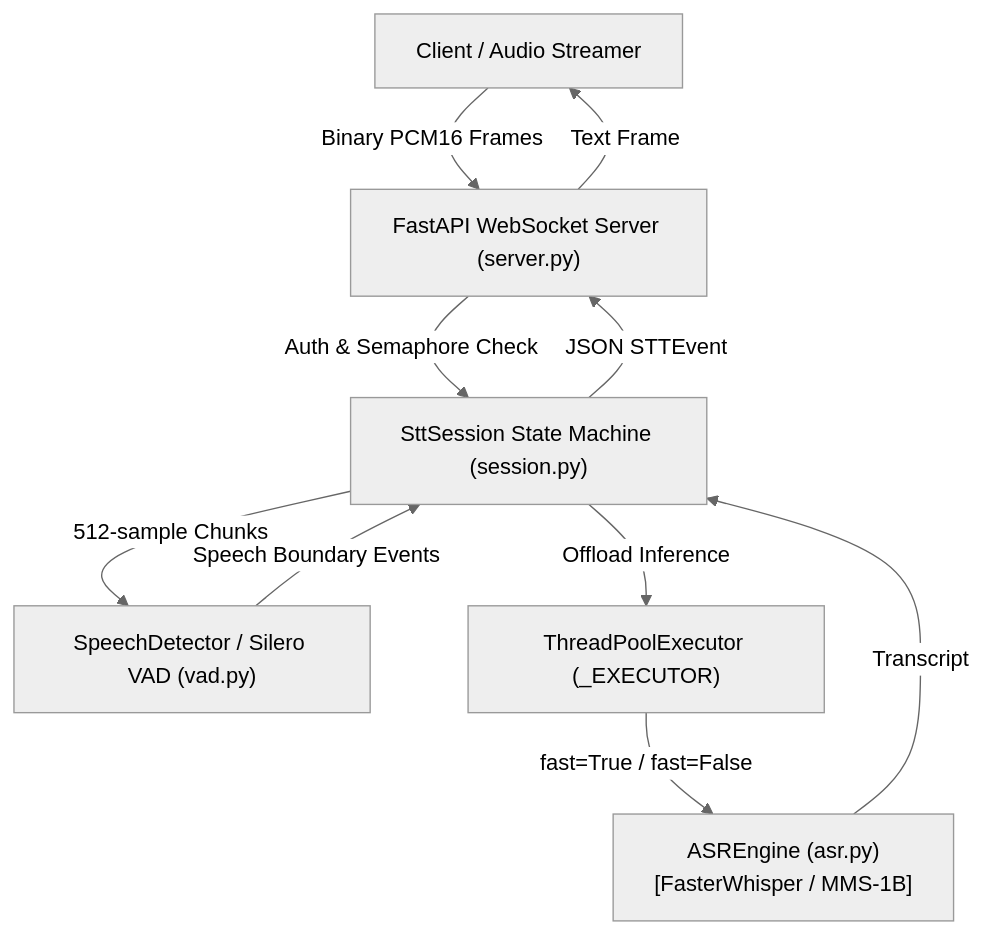
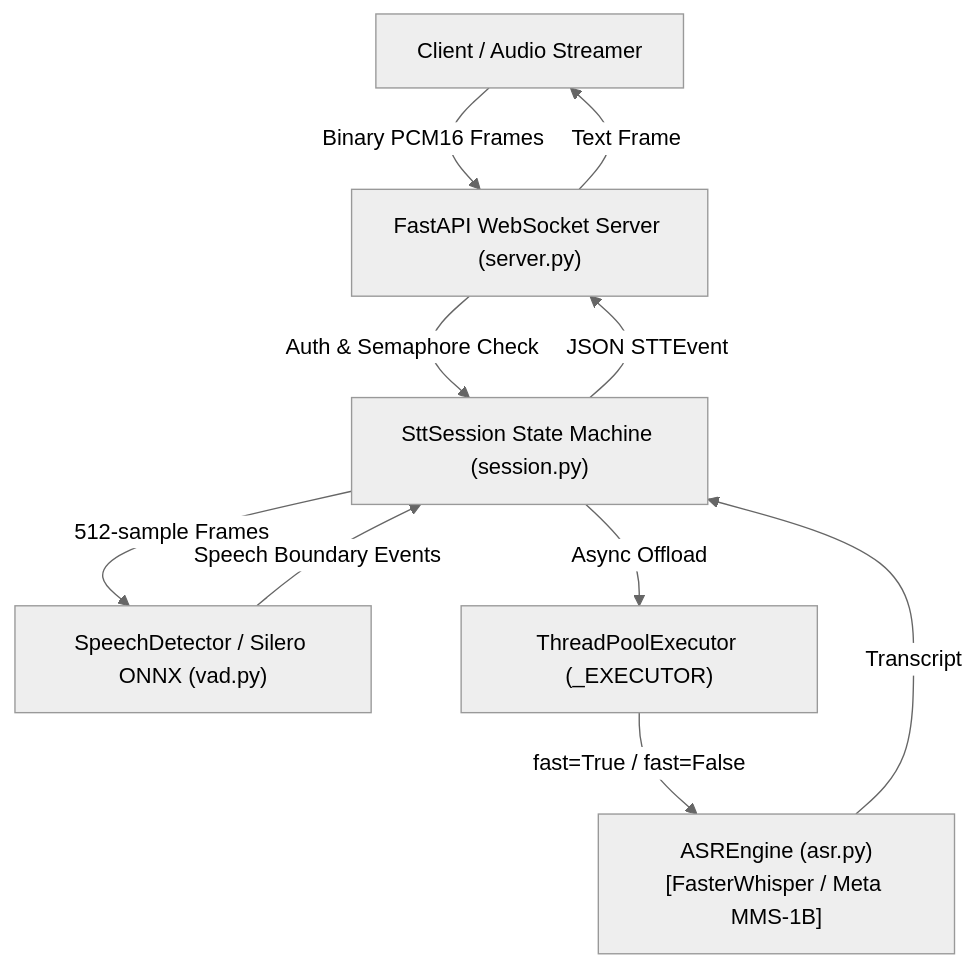
The diagram in idea/presentation/working/03-stt-service-deepdive.md (Punyansh26/minorprojectsem5), drawn with Mermaid (neutral theme) before and after one commit. The commit also changed other lines of this file and 14 other files, not shown here.

First line of the commit message:
Refactor web client specifications and architecture decisions for clarity and detail

````diff
--- a/idea/presentation/working/03-stt-service-deepdive.md
+++ b/idea/presentation/working/03-stt-service-deepdive.md
@@ -18,12 +20,12 @@
 ```mermaid
 flowchart TD
     Client["Client / Audio Streamer"] -->|Binary PCM16 Frames| Server["FastAPI WebSocket Server (server.py)"]
     Server -->|Auth & Semaphore Check| Session["SttSession State Machine (session.py)"]
-    Session -->|512-sample Chunks| VAD["SpeechDetector / Silero VAD (vad.py)"]
+    Session -->|512-sample Frames| VAD["SpeechDetector / Silero ONNX (vad.py)"]
     VAD -->|Speech Boundary Events| Session
-    Session -->|Offload Inference| Pool["ThreadPoolExecutor (_EXECUTOR)"]
-    Pool -->|fast=True / fast=False| Engine["ASREngine (asr.py)\n[FasterWhisper / MMS-1B]"]
+    Session -->|Async Offload| Pool["ThreadPoolExecutor (_EXECUTOR)"]
+    Pool -->|fast=True / fast=False| Engine["ASREngine (asr.py)\n[FasterWhisper / Meta MMS-1B]"]
     Engine -->|Transcript| Session
     Session -->|JSON STTEvent| Server
     Server -->|Text Frame| Client
 ```
````
